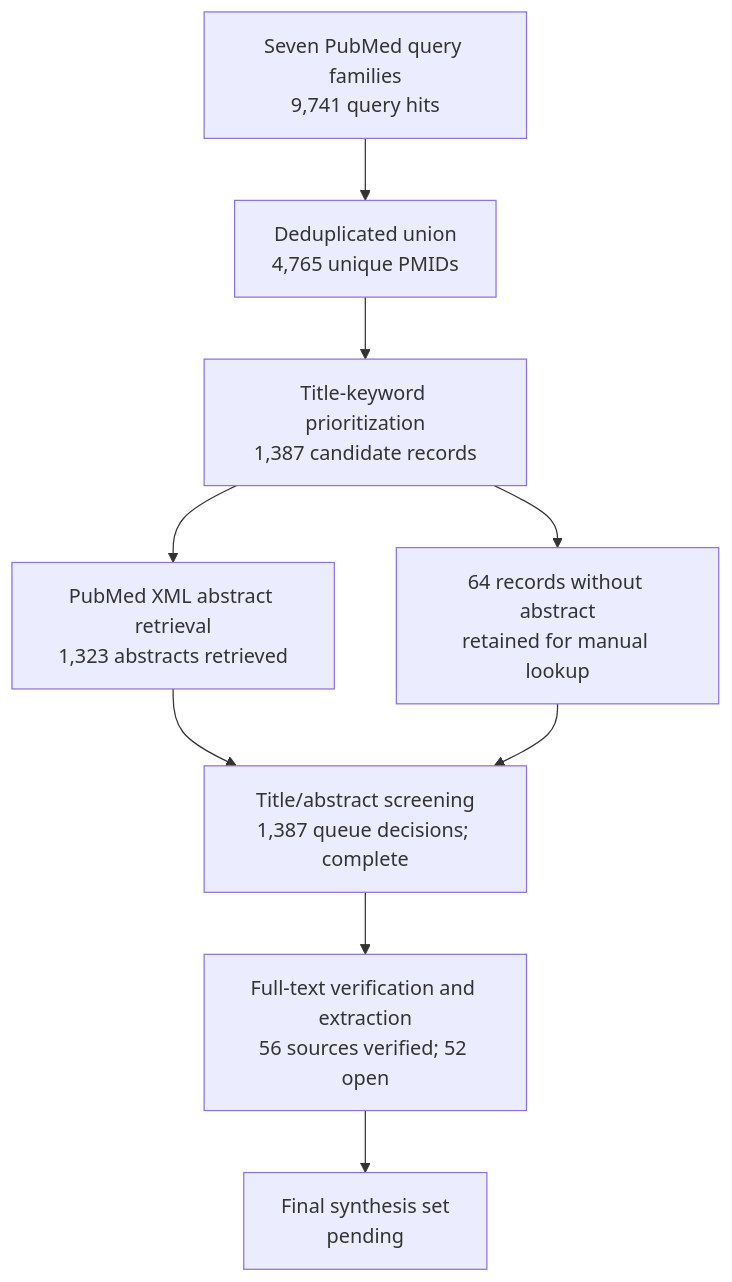
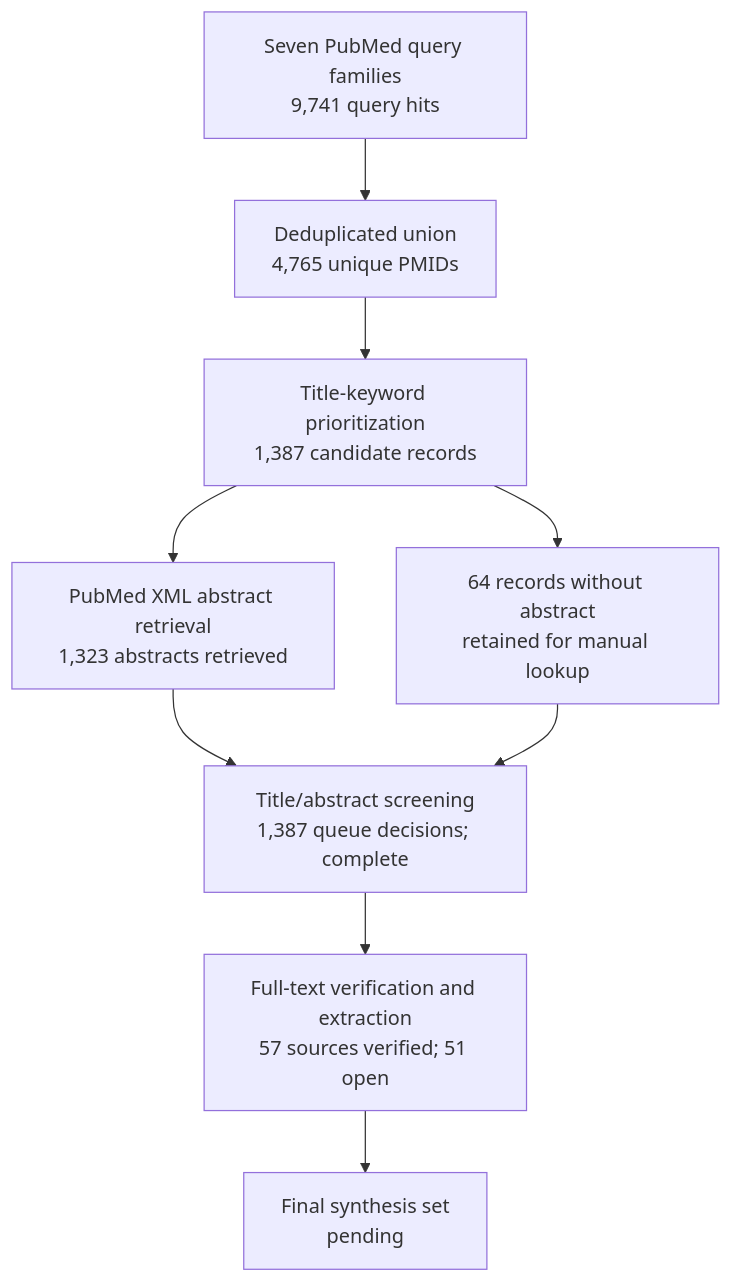
One commit to dcmcshan/artemisia changed the diagram in manuscript/review-flow.md. Above: the diagram before and after it, drawn with Mermaid. The commit also changed other lines of this file and 14 other files, not shown here.

Commit message:
Extend Artemisia full-text antiparasitic review

````diff
--- a/manuscript/review-flow.md
+++ b/manuscript/review-flow.md
@@ -5,11 +5,11 @@
 ```mermaid
 flowchart TB
   Q[Seven PubMed query families<br/>9,741 query hits] --> U[Deduplicated union<br/>4,765 unique PMIDs]
   U --> T[Title-keyword prioritization<br/>1,387 candidate records]
   T --> A[PubMed XML abstract retrieval<br/>1,323 abstracts retrieved]
   T --> N[64 records without abstract<br/>retained for manual lookup]
   A --> M[Title/abstract screening<br/>1,387 queue decisions; complete]
   N --> M
-  M --> F[Full-text verification and extraction<br/>56 sources verified; 52 open]
+  M --> F[Full-text verification and extraction<br/>57 sources verified; 51 open]
   F --> S[Final synthesis set<br/>pending]
 ```
````
